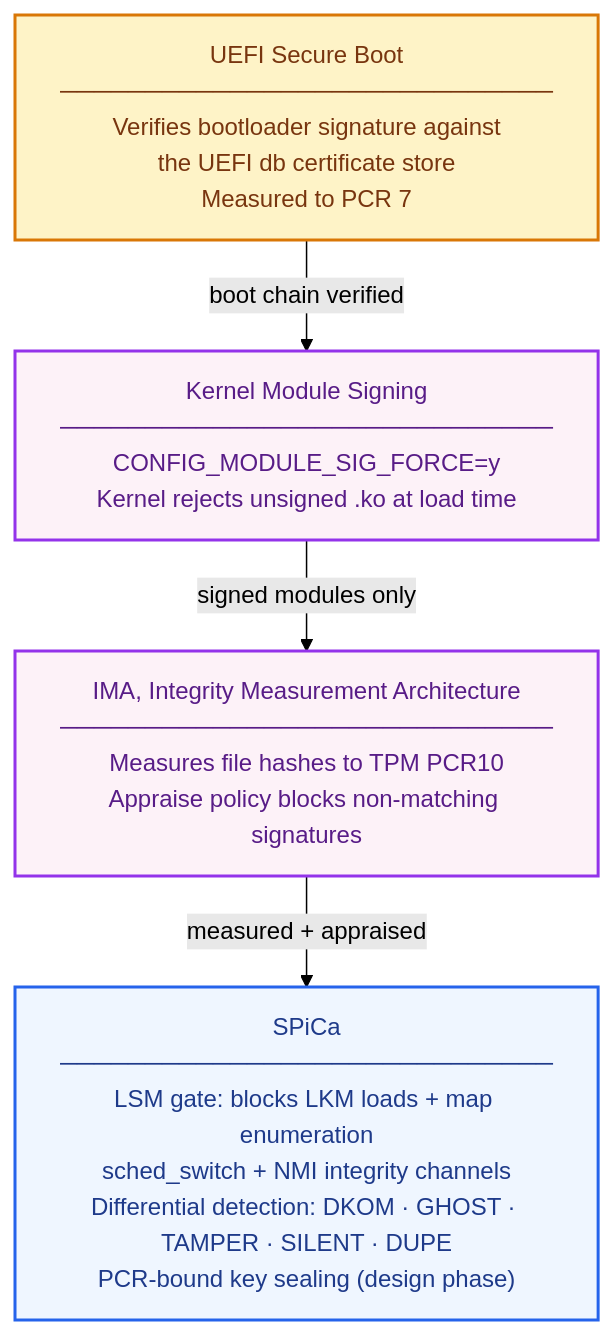
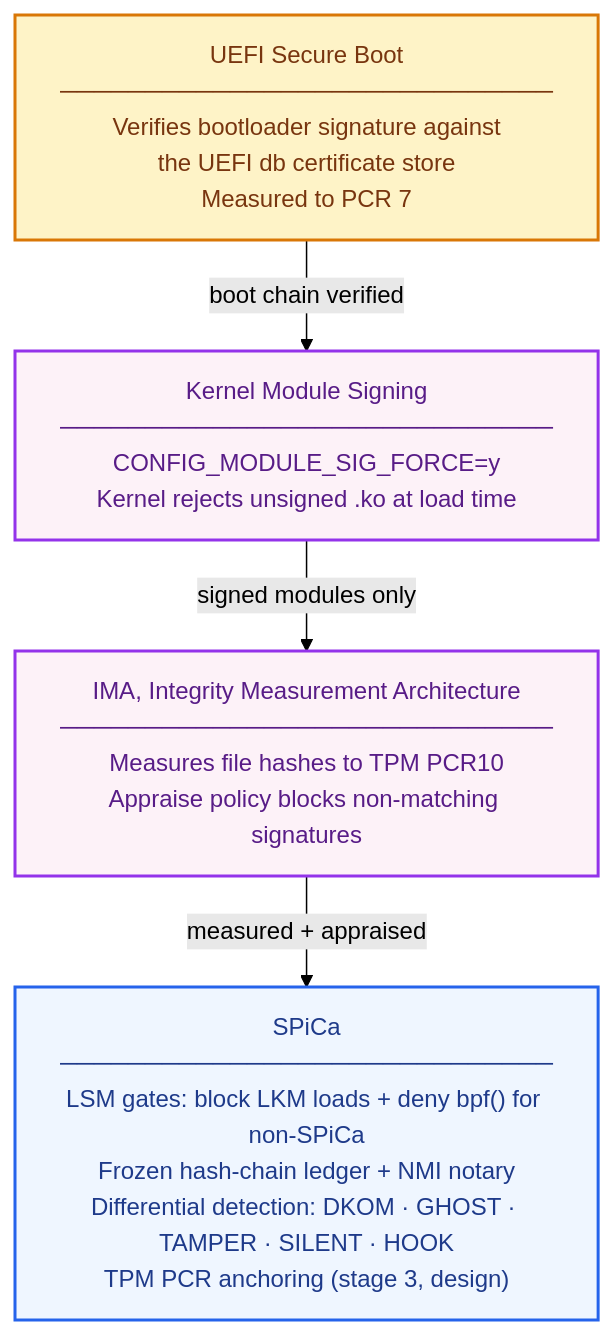
Before and after one commit to 0xKirisame/SPiCa: the second of 2 diagrams in README.md, drawn with Mermaid (forest theme). The commit also changed other lines of this file and 53 other files, not shown here.

````diff
--- a/README.md
+++ b/README.md
@@ -476,18 +426,18 @@
 ```mermaid
 flowchart TD
     SB["UEFI Secure Boot<br/>─────────────────────────────<br/>Verifies bootloader signature against<br/>the UEFI db certificate store<br/>Measured to PCR 7"]
     MS["Kernel Module Signing<br/>─────────────────────────────<br/>CONFIG_MODULE_SIG_FORCE=y<br/>Kernel rejects unsigned .ko at load time"]
     IMA["IMA, Integrity Measurement Architecture<br/>─────────────────────────────<br/>Measures file hashes to TPM PCR10<br/>Appraise policy blocks non-matching signatures"]
-    SPICA["SPiCa<br/>─────────────────────────────<br/>LSM gate: blocks LKM loads + map enumeration<br/>sched_switch + NMI integrity channels<br/>Differential detection: DKOM · GHOST · TAMPER · SILENT · DUPE<br/>PCR-bound key sealing (design phase)"]
+    SPICA["SPiCa<br/>─────────────────────────────<br/>LSM gates: block LKM loads + deny bpf() for non-SPiCa<br/>Frozen hash-chain ledger + NMI notary<br/>Differential detection: DKOM · GHOST · TAMPER · SILENT · HOOK<br/>TPM PCR anchoring (stage 3, design)"]
 
     SB  -->|"boot chain verified"| MS
     MS  -->|"signed modules only"| IMA
     IMA -->|"measured + appraised"| SPICA
 
     classDef firmware fill:#fef3c7,stroke:#d97706,stroke-width:2px,color:#78350f
     classDef kernel   fill:#fdf2f8,stroke:#9333ea,stroke-width:2px,color:#581c87
     classDef spica    fill:#eff6ff,stroke:#2563eb,stroke-width:2px,color:#1e3a8a
     class SB firmware
     class MS,IMA kernel
     class SPICA spica
 ```
````
